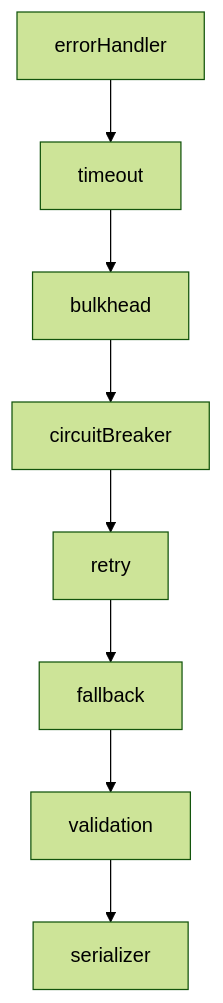
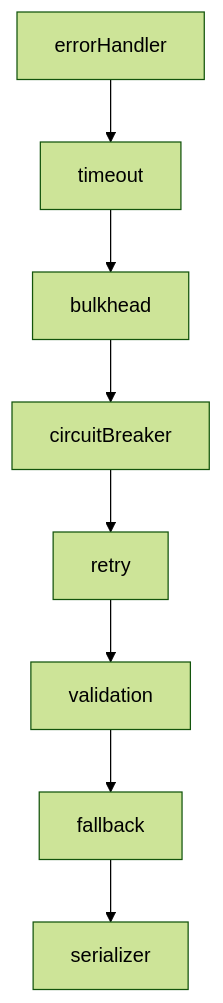
The first of 2 diagrams in en/guide/interceptors/built-in.md (Connectum-Framework/docs), drawn with Mermaid (forest theme) before and after one commit. The commit also changed other lines of this file and 1 other file, not shown here.

First line of the commit message:
docs(interceptors): describe validation before fallback, fallback results, onError and log entries

````diff
--- a/en/guide/interceptors/built-in.md
+++ b/en/guide/interceptors/built-in.md
@@ -14,10 +14,10 @@
 ```mermaid
 flowchart TD
     Error[errorHandler] --> Timeout[timeout]
     Timeout --> Bulkhead[bulkhead]
     Bulkhead --> Breaker[circuitBreaker]
     Breaker --> Retry[retry]
-    Retry --> Fallback[fallback]
-    Fallback --> Validation[validation]
-    Validation --> Serializer[serializer]
+    Retry --> Validation[validation]
+    Validation --> Fallback[fallback]
+    Fallback --> Serializer[serializer]
 ```
````
